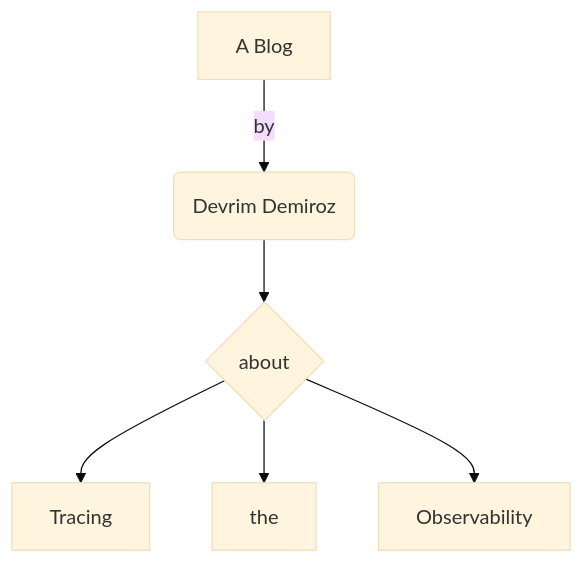
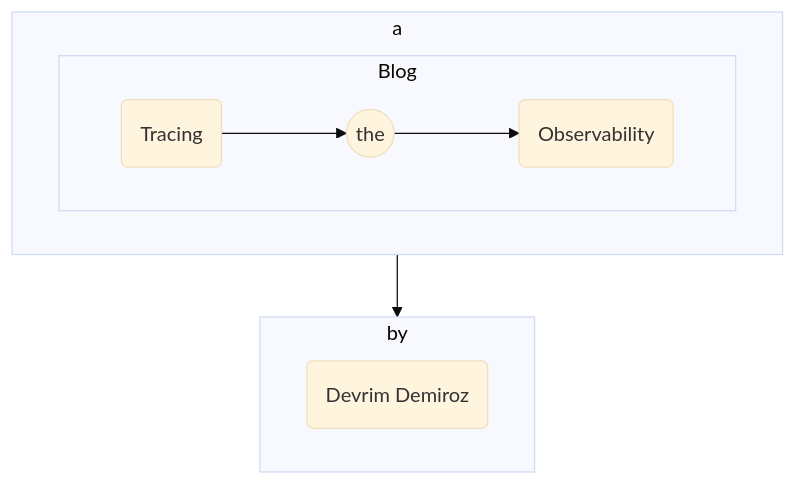
The diagram in docs/README.md (devrimdemiroz/devrimdemiroz.github.io), drawn with Mermaid (base theme) before and after one commit. The commit also changed 2 other files, not shown here.

````diff
--- a/docs/README.md
+++ b/docs/README.md
@@ -3,8 +3,27 @@
 ```mermaid
-graph TD
-    A[A Blog] -->|by| B(Devrim Demiroz)
-    B --> C{about}
-    C --> D[Tracing]
-    C --> E[the]
-    C --> F[Observability];
+flowchart TD
+subgraph by
+         direction LR
+            DD(Devrim Demiroz)
+        end
+    subgraph a
+        direction LR
+        
+        subgraph Blog
+         direction LR
+            Tracing(Tracing)
+            Tracing --> the((the))
+            the --> F(Observability)
+        end
+        
+        
+    end
+
+    
+    
+    Blog --> by        
+    
+        
+
+  
 ```
````
